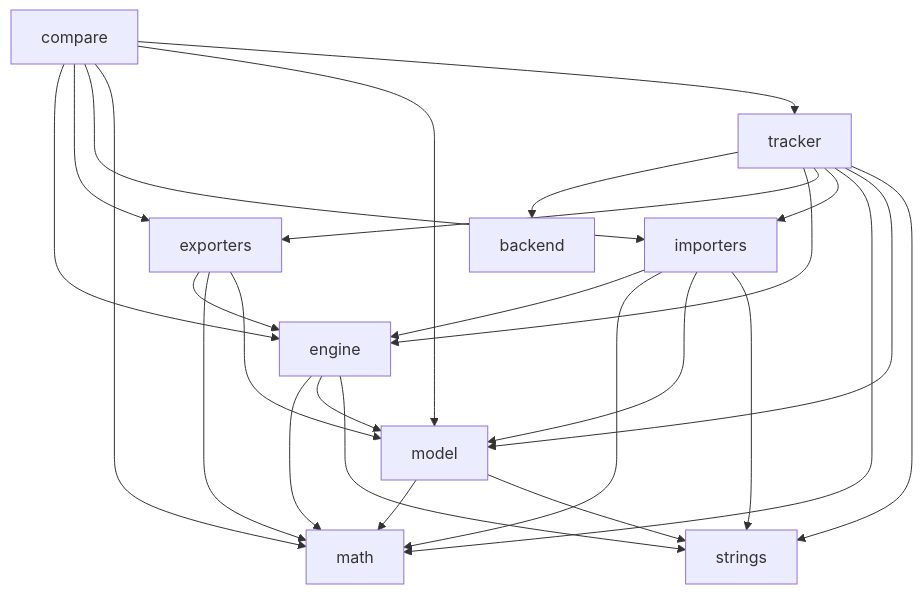
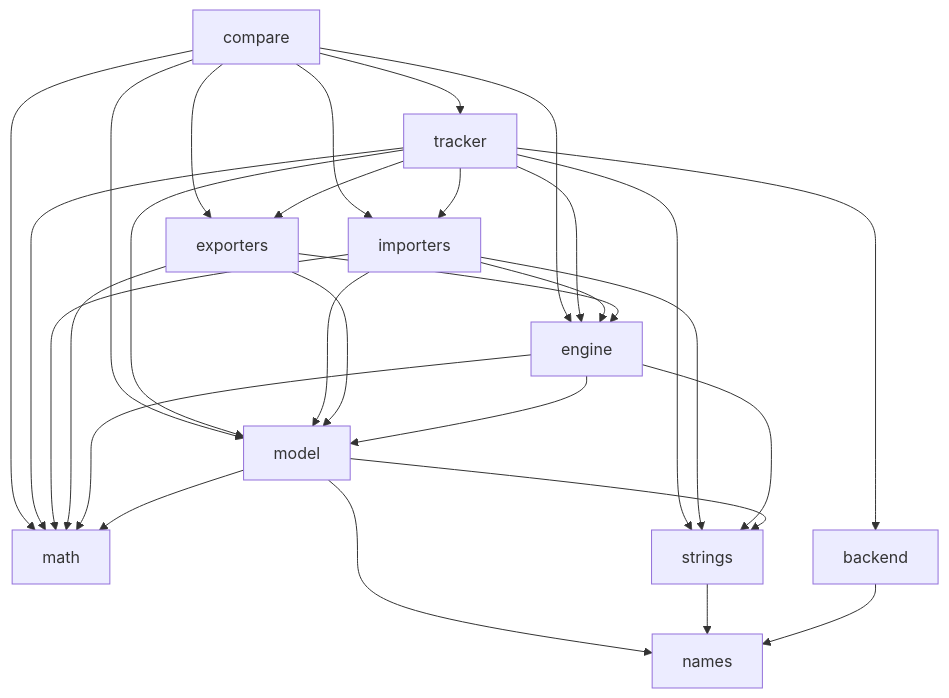
The second of 2 diagrams in developer_docs/ARCHITECTURE.md (mpdehaan/llamatron), drawn with Mermaid before and after one commit. The commit also changed other lines of this file and 11 other files, not shown here.

Commit message:
The names crate, at the bottom of the layers, holds the set file's names, which every crate, the strings and the backend included, can read; the model re-exports them where they stood.

````diff
--- a/developer_docs/ARCHITECTURE.md
+++ b/developer_docs/ARCHITECTURE.md
@@ -84,37 +84,41 @@
 ```mermaid
 flowchart TD
+    math["math"]
+    names["names"]
     backend["backend"]
-    math["math"]
     strings["strings"]
     model["model"]
     engine["engine"]
     exporters["exporters"]
     importers["importers"]
     tracker["tracker"]
     compare["compare"]
     compare --> engine
     compare --> exporters
     compare --> importers
     compare --> math
     compare --> model
     compare --> tracker
     tracker --> backend
     tracker --> engine
     tracker --> exporters
     tracker --> importers
     tracker --> math
     tracker --> model
     tracker --> strings
     importers --> engine
     importers --> math
     importers --> model
     importers --> strings
     exporters --> engine
     exporters --> math
     exporters --> model
     engine --> math
     engine --> model
     engine --> strings
     model --> math
+    model --> names
     model --> strings
+    strings --> names
+    backend --> names
 ```
````
